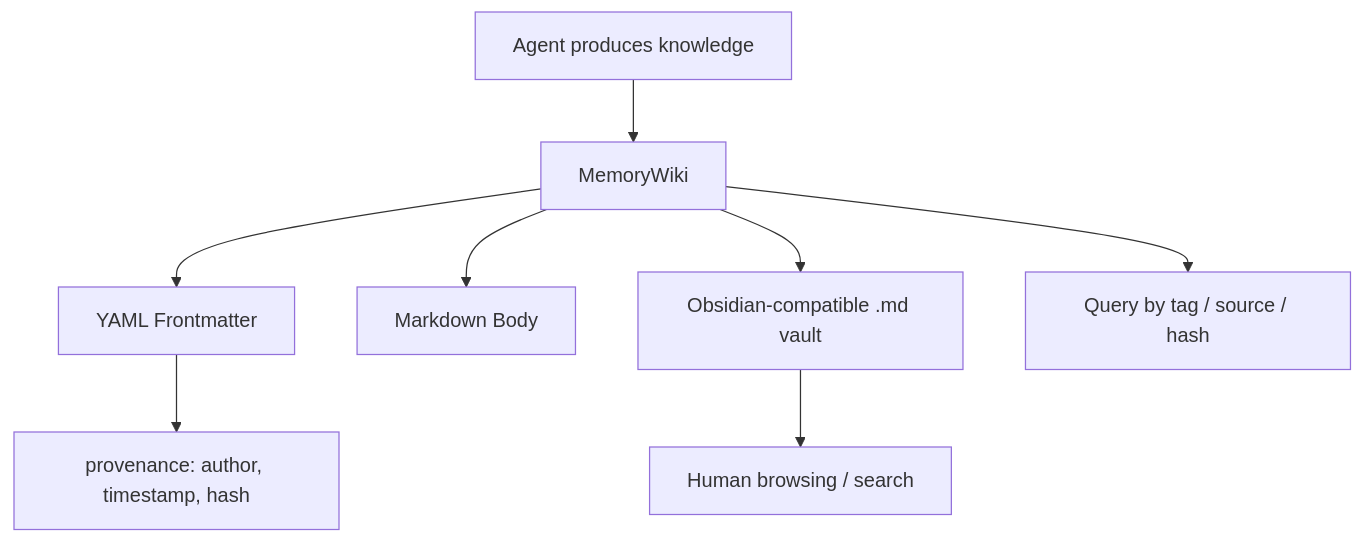
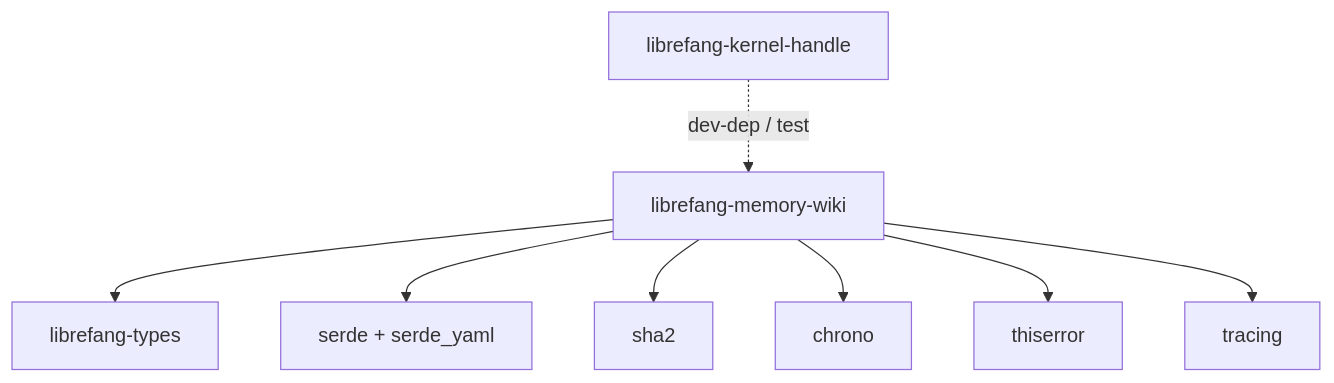
Before and after one commit to leszek3737/librefang-WIki: the diagram in other-librefang-memory-wiki.md, drawn with Mermaid. The commit also changed other lines of this file and 122 other files, not shown here.

````diff
--- a/other-librefang-memory-wiki.md
+++ b/other-librefang-memory-wiki.md
@@ -18,10 +19,10 @@
 ```mermaid
 graph TD
-    A[Agent produces knowledge] --> B[MemoryWiki]
-    B --> C[YAML Frontmatter]
-    B --> D[Markdown Body]
-    C --> E[provenance: author, timestamp, hash]
-    B --> F["Obsidian-compatible .md vault"]
-    F --> G[Human browsing / search]
-    B --> H[Query by tag / source / hash]
+    A[librefang-memory-wiki] --> B[librefang-types]
+    A --> C[serde + serde_yaml]
+    A --> D[sha2]
+    A --> E[chrono]
+    A --> F[thiserror]
+    A --> G[tracing]
+    H[librefang-kernel-handle] -.->|dev-dep / test| A
 ```
````
